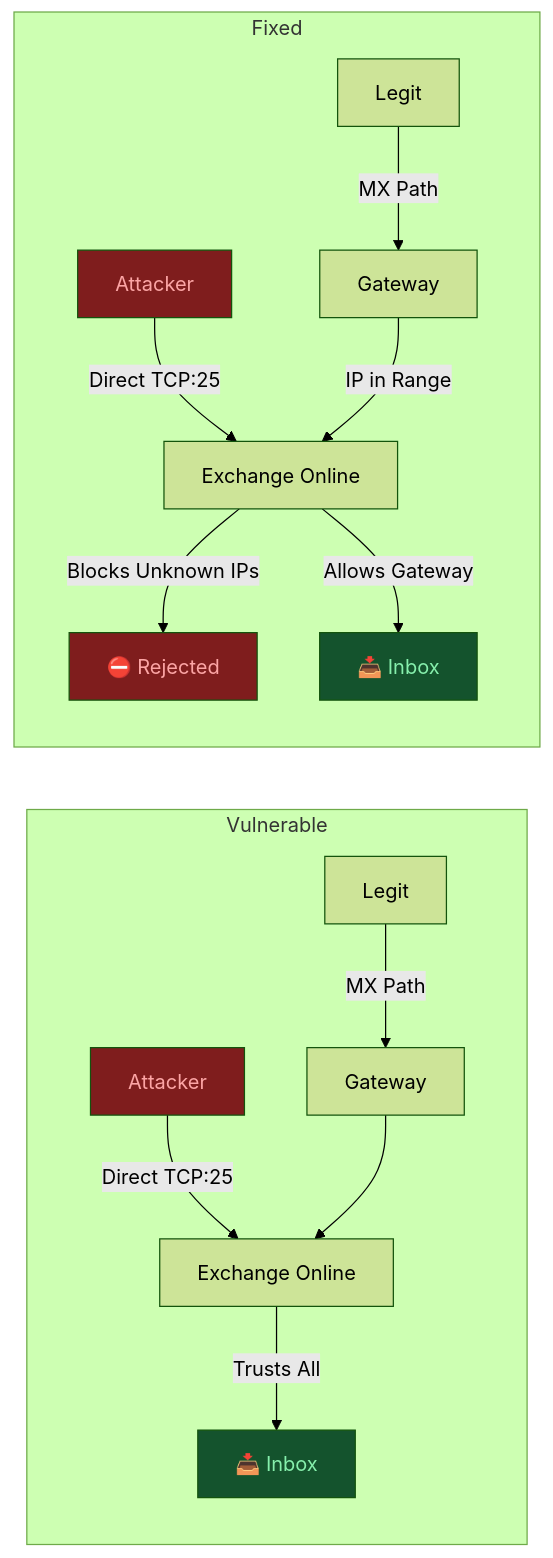
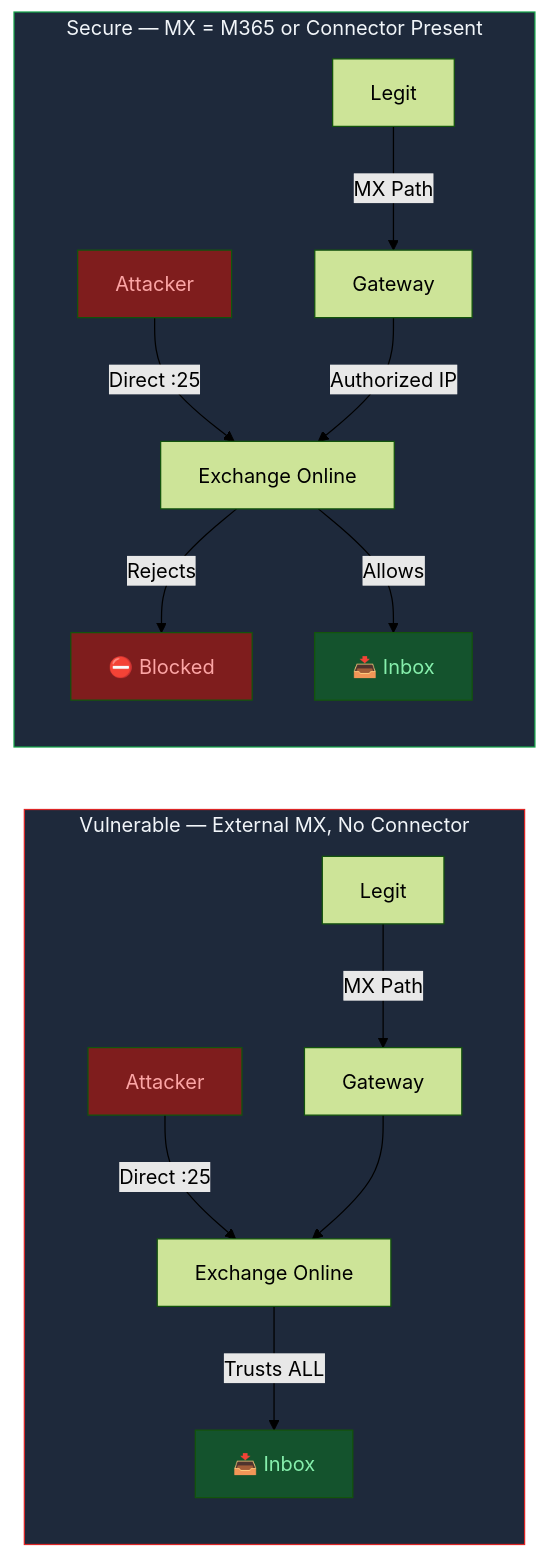
One commit to Sanaullah-Korai/ghost-sender changed the second of 2 diagrams in README.md. Above: the diagram before and after it, drawn with Mermaid (forest theme). The commit also changed other lines of this file and 2 other files, not shown here.

Commit message:
Final: single README with mermaid diagrams, both article refs, fix options, domain check guide

````diff
--- a/README.md
+++ b/README.md
@@ -163,21 +132,23 @@
 ```mermaid
 flowchart LR
-    subgraph Vulnerable
-        A1[Attacker] -->|"Direct TCP:25"| EOP1[Exchange Online]
+    subgraph V["Vulnerable — External MX, No Connector"]
+        A1[Attacker] -->|"Direct :25"| EOP1[Exchange Online]
         L1[Legit] -->|"MX Path"| MX1[Gateway] --> EOP1
-        EOP1 -->|"Trusts All"| IN1[📥 Inbox]
+        EOP1 -->|"Trusts ALL"| IN1[📥 Inbox]
     end
 
-    subgraph Fixed
-        A2[Attacker] -->|"Direct TCP:25"| EOP2[Exchange Online]
-        L2[Legit] -->|"MX Path"| MX2[Gateway] -->|"IP in Range"| EOP2
-        EOP2 -->|"Blocks Unknown IPs"| BLK[⛔ Rejected]
-        EOP2 -->|"Allows Gateway"| IN2[📥 Inbox]
+    subgraph S["Secure — MX = M365 or Connector Present"]
+        A2[Attacker] -->|"Direct :25"| EOP2[Exchange Online]
+        L2[Legit] -->|"MX Path"| MX2[Gateway] -->|"Authorized IP"| EOP2
+        EOP2 -->|"Rejects"| BLK[⛔ Blocked]
+        EOP2 -->|"Allows"| IN2[📥 Inbox]
     end
 
     style A1 fill:#7f1d1d,color:#fca5a5
     style A2 fill:#7f1d1d,color:#fca5a5
     style BLK fill:#7f1d1d,color:#fca5a5
     style IN1 fill:#14532d,color:#86efac
     style IN2 fill:#14532d,color:#86efac
+    style V fill:#1e293b,stroke:#dc2626,color:#f1f5f9
+    style S fill:#1e293b,stroke:#16a34a,color:#f1f5f9
 ```
````
